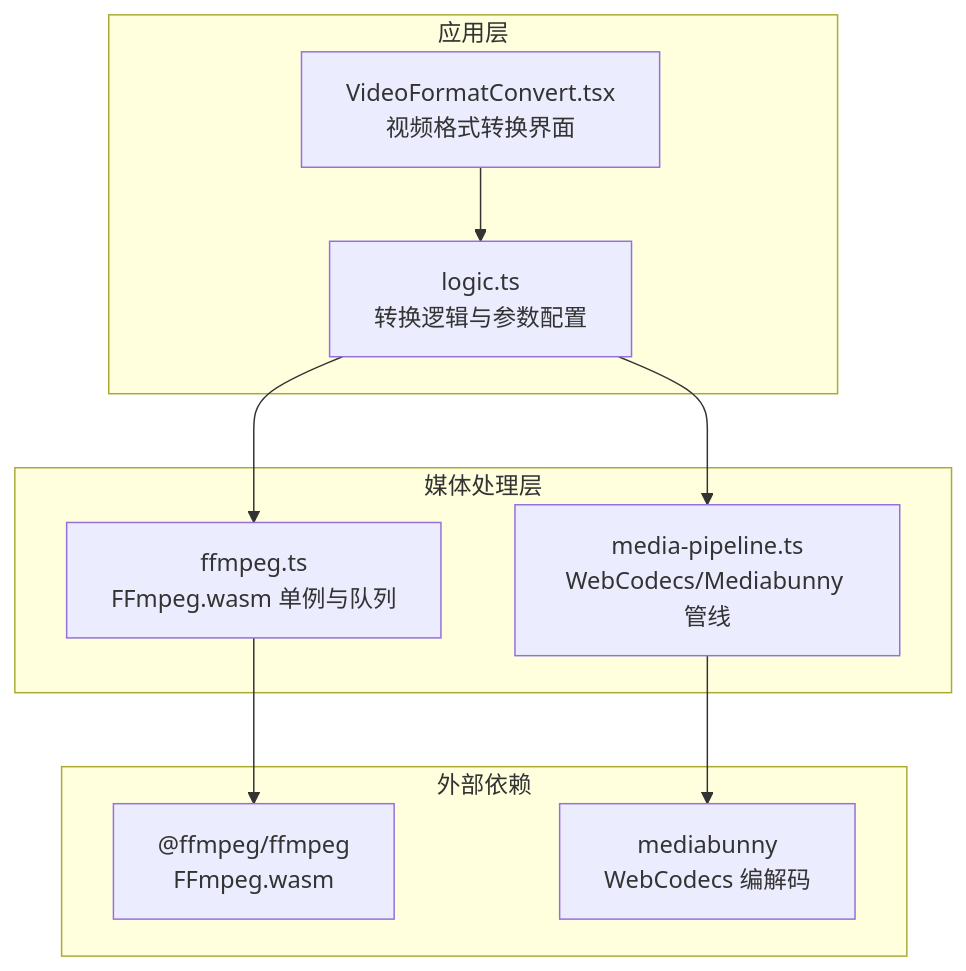
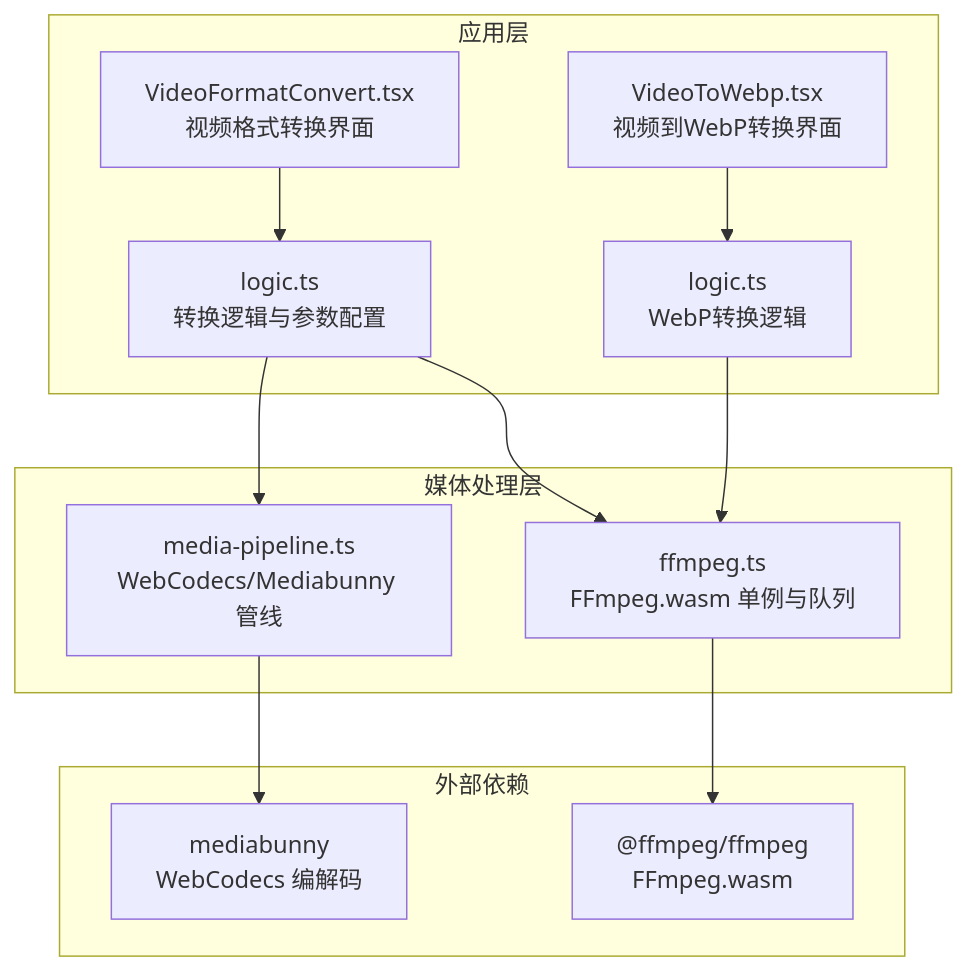
The first of 8 diagrams in .qoder/repowiki/zh/content/视频工具/视频格式转换工具.md (sgyy/privadeck), drawn with Mermaid before and after one commit. The commit also changed other lines of this file and 5 other files, not shown here.

````diff
--- a/.qoder/repowiki/zh/content/视频工具/视频格式转换工具.md
+++ b/.qoder/repowiki/zh/content/视频工具/视频格式转换工具.md
@@ -31,20 +41,24 @@
 ```mermaid
 graph TB
 subgraph "应用层"
 UI["VideoFormatConvert.tsx<br/>视频格式转换界面"]
+WebpUI["VideoToWebp.tsx<br/>视频到WebP转换界面"]
 Logic["logic.ts<br/>转换逻辑与参数配置"]
+WebpLogic["logic.ts<br/>WebP转换逻辑"]
 end
 subgraph "媒体处理层"
 MediaPipe["media-pipeline.ts<br/>WebCodecs/Mediabunny 管线"]
 FFmpeg["ffmpeg.ts<br/>FFmpeg.wasm 单例与队列"]
 end
 subgraph "外部依赖"
 FFmpegWASM["@ffmpeg/ffmpeg<br/>FFmpeg.wasm"]
 Mediabunny["mediabunny<br/>WebCodecs 编解码"]
 end
 UI --> Logic
+WebpUI --> WebpLogic
 Logic --> MediaPipe
 Logic --> FFmpeg
+WebpLogic --> FFmpeg
 MediaPipe --> Mediabunny
 FFmpeg --> FFmpegWASM
 ```
````
